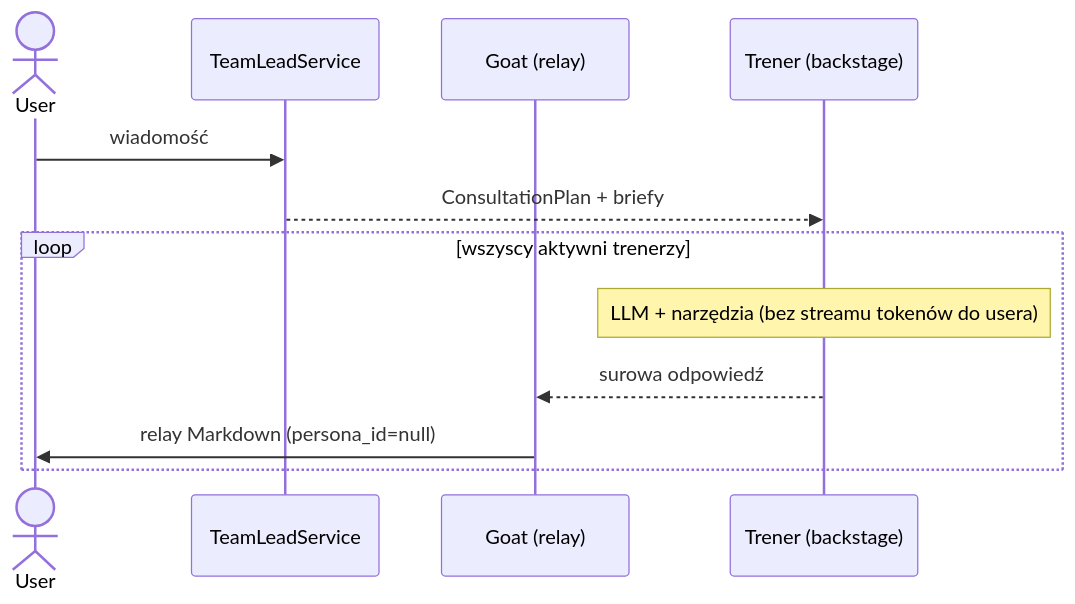
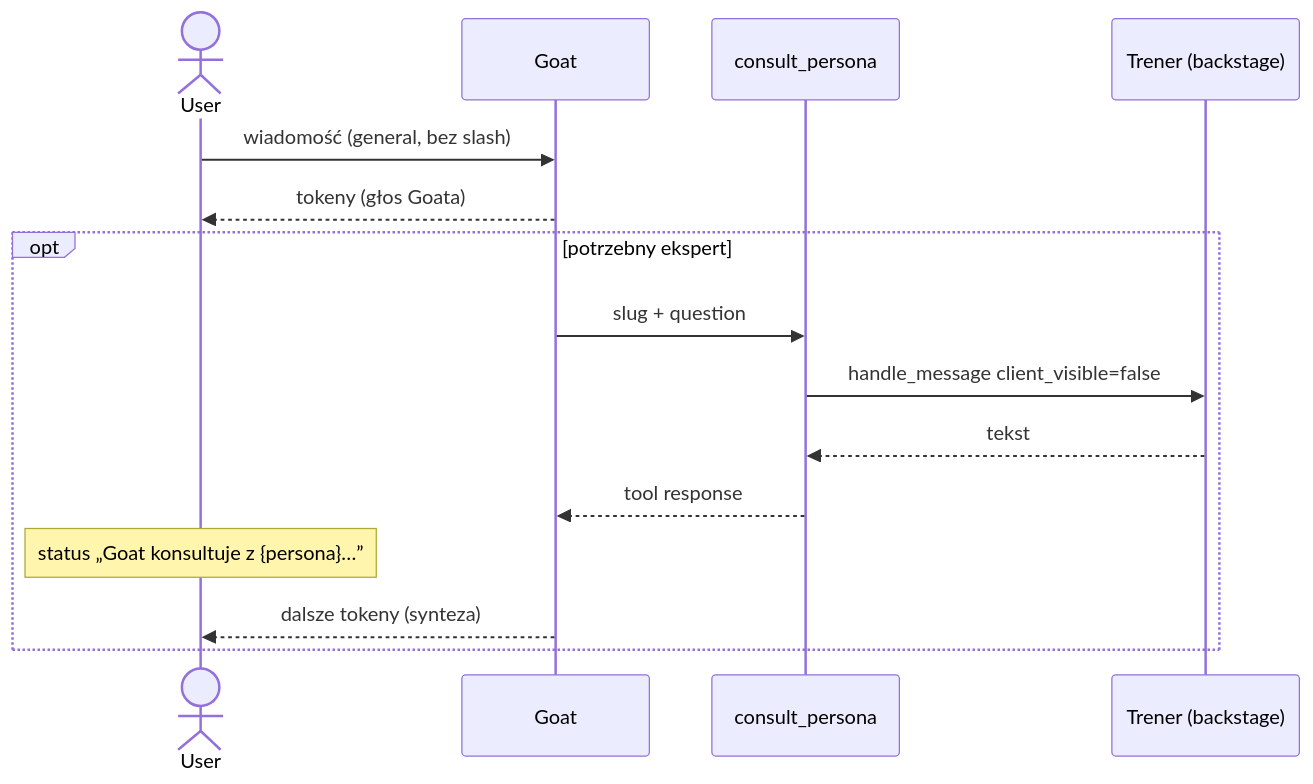
One commit to fifmazurkiewicz/goat changed the diagram in docs/technical/team-lead.md. Above: the diagram before and after it, drawn with Mermaid. The commit also changed other lines of this file and 17 other files, not shown here.

First line of the commit message:
Goat w czacie głównym konsultuje persony przez tool, nie jako relay.

````diff
--- a/docs/technical/team-lead.md
+++ b/docs/technical/team-lead.md
@@ -20,15 +23,18 @@
 ```mermaid
 sequenceDiagram
     actor U as User
-    participant TL as TeamLeadService
-    participant GO as Goat (relay)
+    participant GO as Goat
+    participant T as consult_persona
     participant TR as Trener (backstage)
 
-    U->>TL: wiadomość
-    TL-->>TR: ConsultationPlan + briefy
-    loop wszyscy aktywni trenerzy
-        Note over TR: LLM + narzędzia (bez streamu tokenów do usera)
-        TR-->>GO: surowa odpowiedź
-        GO->>U: relay Markdown (persona_id=null)
+    U->>GO: wiadomość (general, bez slash)
+    GO-->>U: tokeny (głos Goata)
+    opt potrzebny ekspert
+        GO->>T: slug + question
+        T->>TR: handle_message client_visible=false
+        TR-->>T: tekst
+        T-->>GO: tool response
+        Note over U: status „Goat konsultuje z {persona}…”
+        GO-->>U: dalsze tokeny (synteza)
     end
 ```
````
